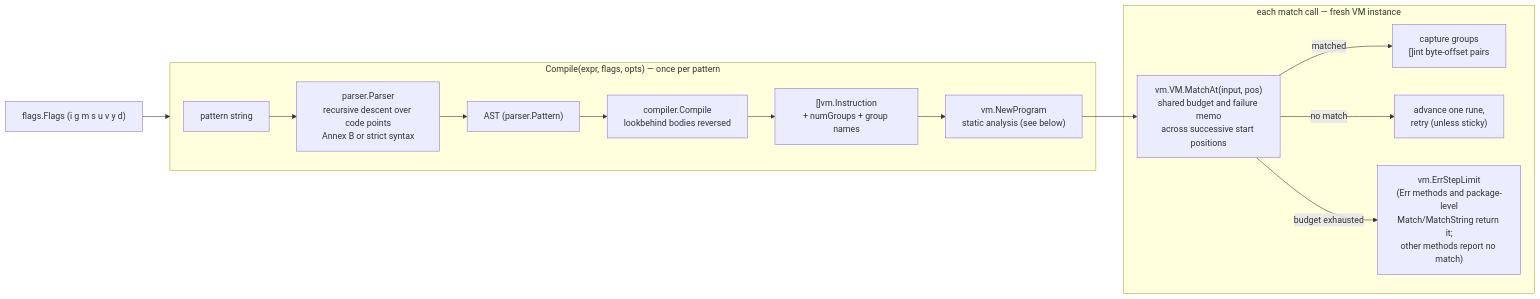
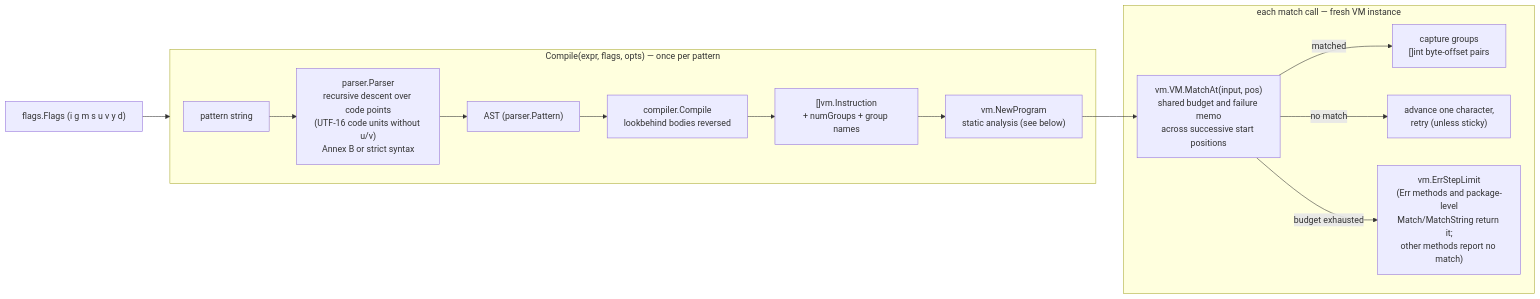
The first of 2 diagrams in docs/architecture.md (mgilbir/goecma262), drawn with Mermaid before and after one commit. The commit also changed other lines of this file and 10 other files, not shown here.

````diff
--- a/docs/architecture.md
+++ b/docs/architecture.md
@@ -24,17 +24,17 @@
 ```mermaid
 flowchart LR
     subgraph Compile["Compile(expr, flags, opts) — once per pattern"]
-        SRC["pattern string"] --> PARSE["parser.Parser<br/>recursive descent over code points<br/>Annex B or strict syntax"]
+        SRC["pattern string"] --> PARSE["parser.Parser<br/>recursive descent over code points<br/>(UTF-16 code units without u/v)<br/>Annex B or strict syntax"]
         PARSE --> AST["AST (parser.Pattern)"]
         AST --> COMP["compiler.Compile<br/>lookbehind bodies reversed"]
         COMP --> CODE["[]vm.Instruction<br/>+ numGroups + group names"]
         CODE --> PROG["vm.NewProgram<br/>static analysis (see below)"]
     end
     subgraph Match["each match call — fresh VM instance"]
         PROG --> VM["vm.VM.MatchAt(input, pos)<br/>shared budget and failure memo<br/>across successive start positions"]
         VM -->|"matched"| GROUPS["capture groups<br/>[]int byte-offset pairs"]
-        VM -->|"no match"| NEXT["advance one rune,<br/>retry (unless sticky)"]
+        VM -->|"no match"| NEXT["advance one character,<br/>retry (unless sticky)"]
         VM -->|"budget exhausted"| ERR["vm.ErrStepLimit<br/>(Err methods and package-level<br/>Match/MatchString return it;<br/>other methods report no match)"]
     end
     FLAGS["flags.Flags (i g m s u v y d)"] --> Compile
 ```
````
